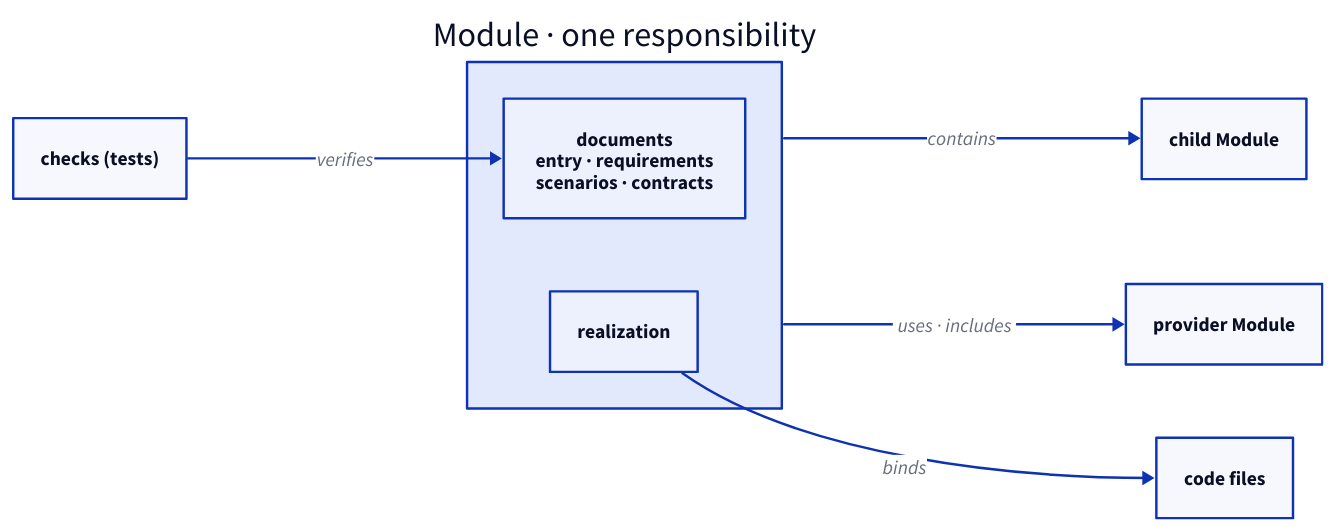
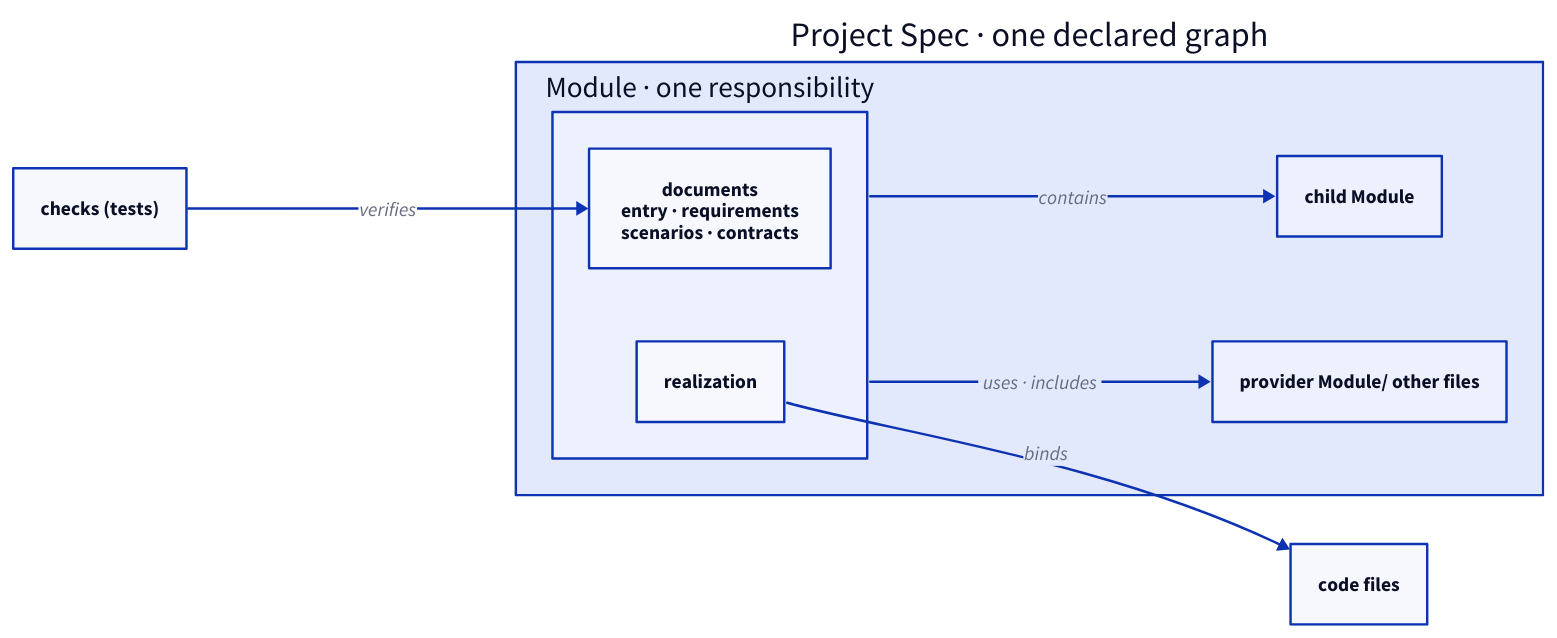
Before and after one commit to FTOD/concorde-presentation: the first of 5 diagrams in pages/01-specs.md, drawn with D2. The commit also changed other lines of this file and 8 other files, not shown here.

````diff
--- a/pages/01-specs.md
+++ b/pages/01-specs.md
@@ -33,17 +12,20 @@
-```d2 {h: 260}
+```d2 {h: 280, layout: elk}
 direction: right
-m: "Module · one responsibility" {
+tests: "checks (tests)" {class: program}
+spec: "Project Spec · one declared graph" {
   class: layer
-  direction: down
-  doc: "documents\nentry · requirements\nscenarios · contracts" {class: chosen}
-  r: "realization" {class: program}
+  m: "Module · one responsibility" {
+    class: layer
+    direction: down
+    doc: "documents\nentry · requirements\nscenarios · contracts" {class: chosen}
+    r: "realization" {class: program}
+  }
+  sub: "child Module" {class: program}
+  prov: "provider Module/ other files" {class: program}
+  m -> sub: contains
+  m -> prov: "uses · includes"
 }
-sub: "child Module" {class: program}
-prov: "provider Module" {class: program}
 code: "code files" {class: program}
-tests: "checks (tests)" {class: program}
-m -> sub: contains
-m -> prov: "uses · includes"
-m.r -> code: binds
-tests -> m.doc: verifies
+spec.m.r -> code: binds
+tests -> spec.m.doc: verifies
 ```
````
